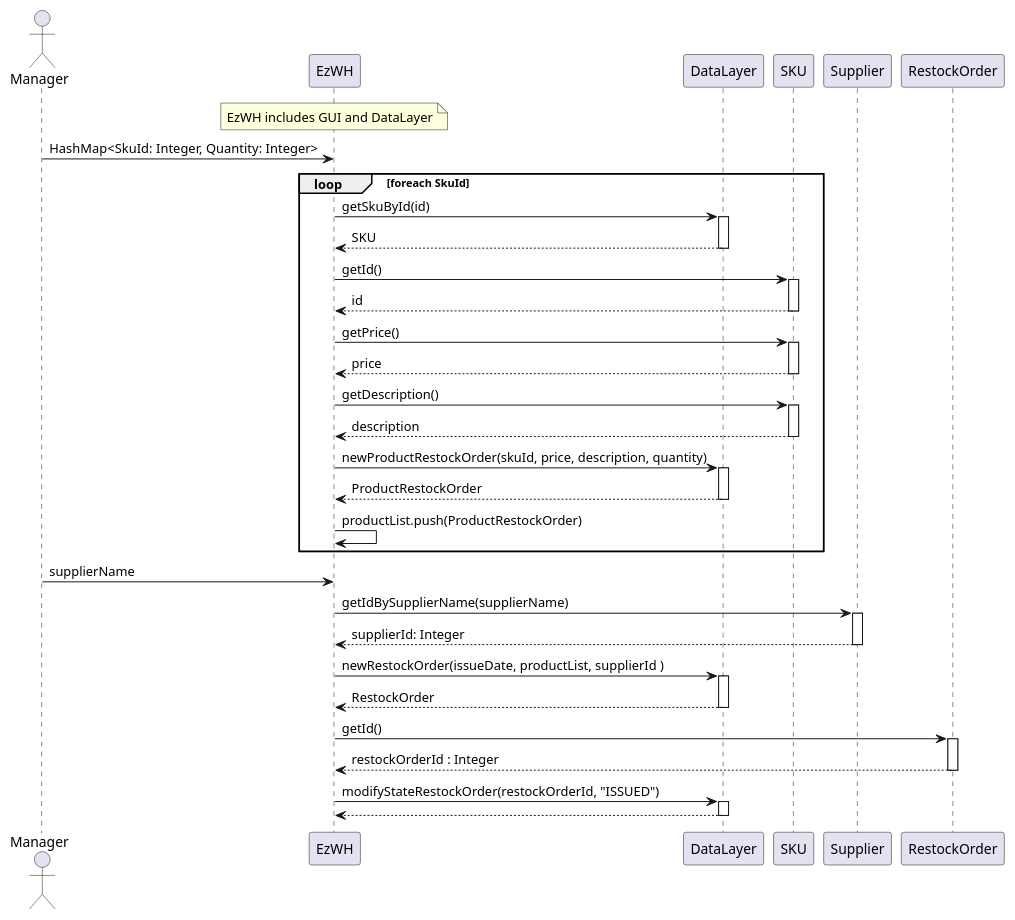
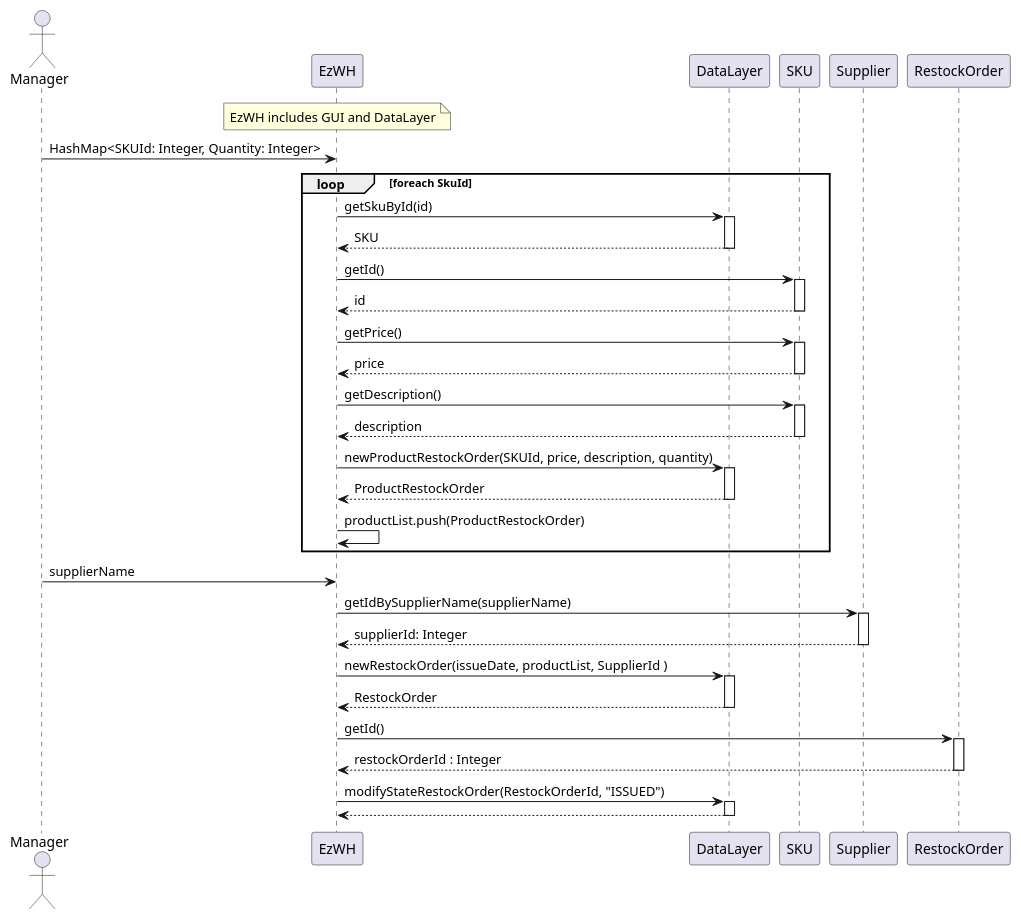
The fourth of 8 diagrams in DesignDocument.md (LucaFilippetti99/EzWh---Software-engineering-project), drawn with PlantUML before and after one commit. The commit also changed other lines of this file, not shown here.

````diff
--- a/DesignDocument.md
+++ b/DesignDocument.md
@@ -490,51 +490,51 @@
 ```plantuml
 
 actor Manager
 note over EzWH : EzWH includes GUI and DataLayer
-Manager -> EzWH : HashMap<SkuId: Integer, Quantity: Integer>
+Manager -> EzWH : HashMap<SKUId: Integer, Quantity: Integer>
 
 loop foreach SkuId
   EzWH -> DataLayer : getSkuById(id)
   activate DataLayer
   return SKU
 
   EzWH -> SKU : getId()
   activate SKU
   return id
 
   EzWH -> SKU : getPrice()
   activate SKU
   return price
 
   EzWH -> SKU : getDescription()
   activate SKU
   return description
 
-  EzWH -> DataLayer : newProductRestockOrder(skuId, price, description, quantity)
+  EzWH -> DataLayer : newProductRestockOrder(SKUId, price, description, quantity)
   activate DataLayer
   return ProductRestockOrder
 
   EzWH -> EzWH : productList.push(ProductRestockOrder)
 
   end
 
 Manager -> EzWH : supplierName
 
 EzWH -> Supplier : getIdBySupplierName(supplierName)
 activate Supplier
 return supplierId: Integer
 
-EzWH -> DataLayer : newRestockOrder(issueDate, productList, supplierId )
+EzWH -> DataLayer : newRestockOrder(issueDate, productList, SupplierId )
 activate DataLayer
 return RestockOrder
 
 EzWH -> RestockOrder : getId()
 activate RestockOrder
 return restockOrderId : Integer
 
-EzWH -> DataLayer : modifyStateRestockOrder(restockOrderId, "ISSUED")
+EzWH -> DataLayer : modifyStateRestockOrder(RestockOrderId, "ISSUED")
 activate DataLayer
 return
 
 
 ```
````
